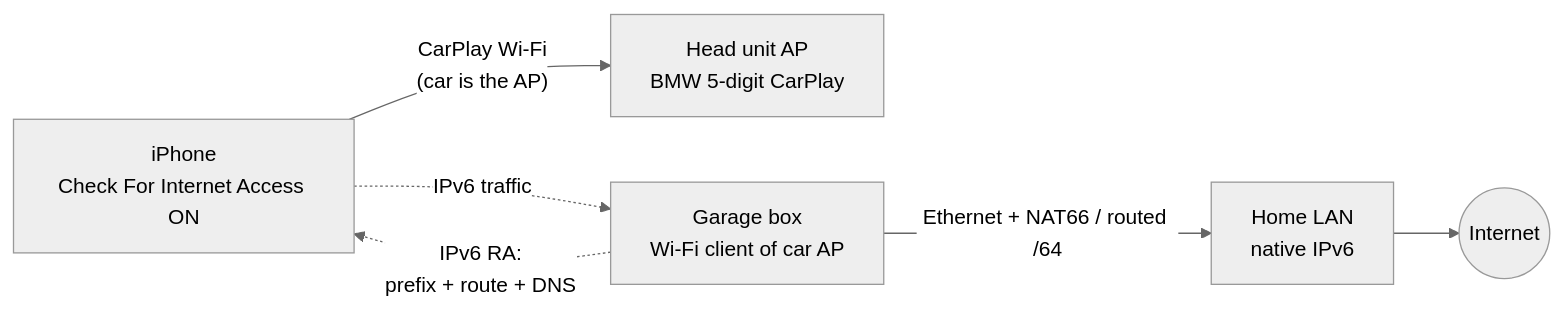
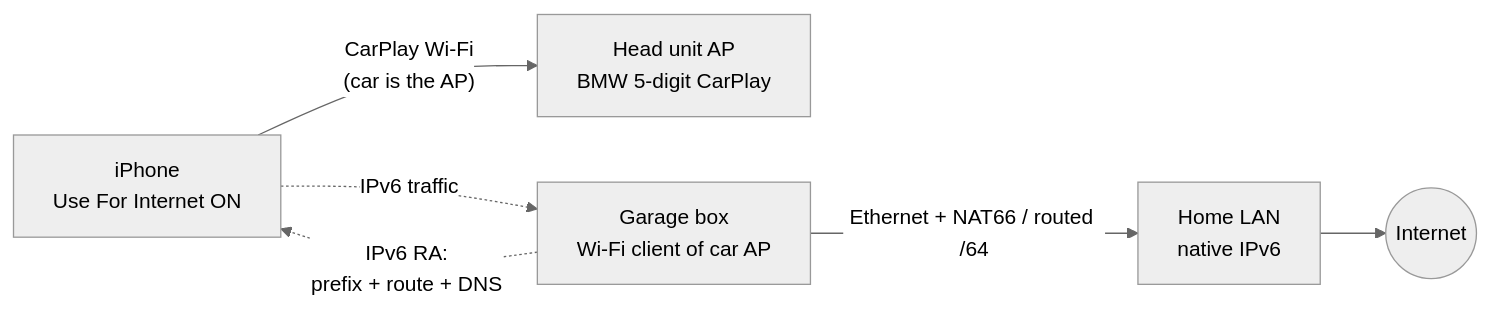
Before and after one commit to ParkWardRR/internet-over-wireless-carplay: the diagram in README.md, drawn with Mermaid (neutral theme). The commit also changed other lines of this file and 4 other files, not shown here.

````diff
--- a/README.md
+++ b/README.md
@@ -29,8 +32,8 @@
 ```mermaid
 flowchart LR
-  P[iPhone<br/>Check For Internet Access ON] -- "CarPlay Wi-Fi<br/>(car is the AP)" --> HU[Head unit AP<br/>BMW 5-digit CarPlay]
+  P[iPhone<br/>Use For Internet ON] -- "CarPlay Wi-Fi<br/>(car is the AP)" --> HU[Head unit AP<br/>BMW 5-digit CarPlay]
   B[Garage box<br/>Wi-Fi client of car AP] -. "IPv6 RA:<br/>prefix + route + DNS" .-> P
   P -. "IPv6 traffic" .-> B
   B -- "Ethernet + NAT66 / routed /64" --> L[Home LAN<br/>native IPv6]
   L --> W((Internet))
 ```
````
